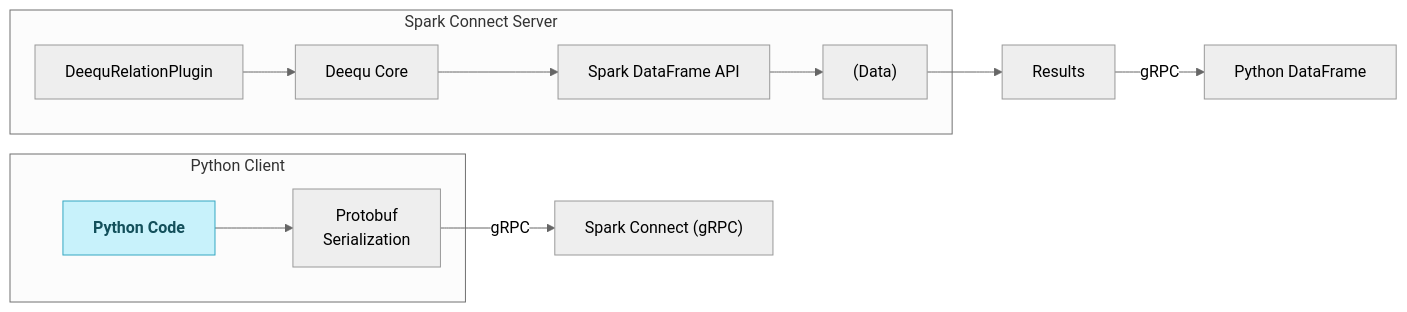
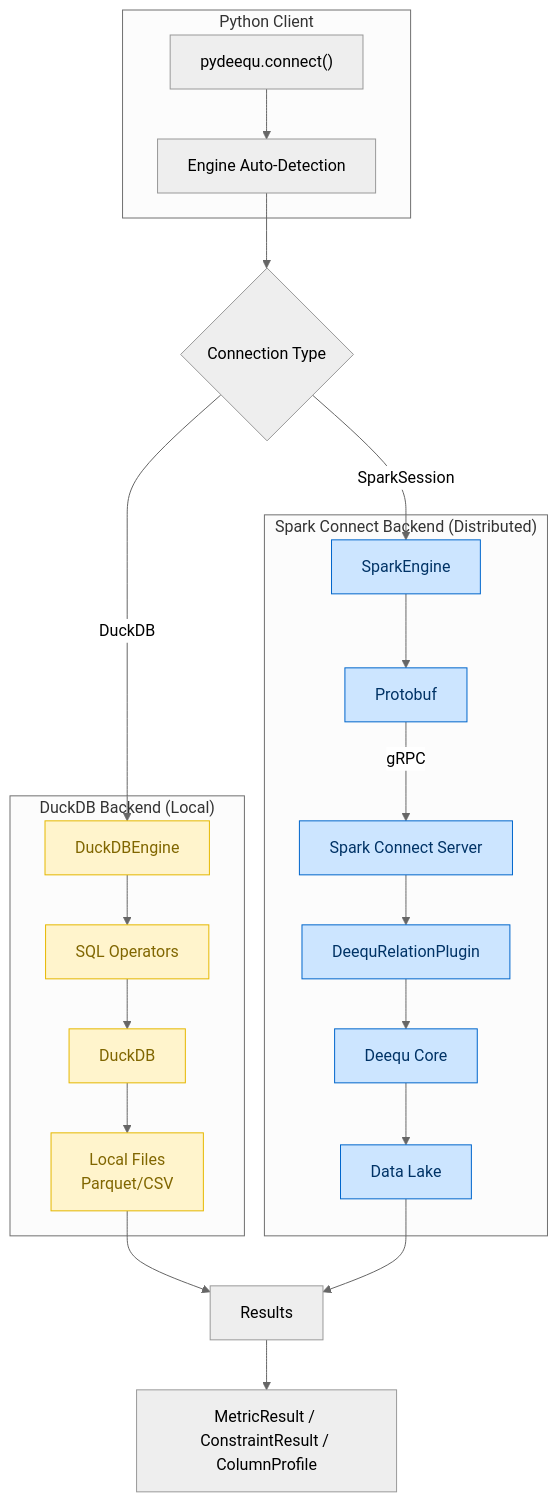
Before and after one commit to awslabs/python-deequ: the diagram in README.md, drawn with Mermaid (neutral theme). The commit also changed other lines of this file, not shown here.

````diff
--- a/README.md
+++ b/README.md
@@ -26,14 +26,29 @@
 ```mermaid
-flowchart LR
+flowchart TB
     subgraph CLIENT["Python Client"]
-        A["Python Code"] --> B["Protobuf<br/>Serialization"]
+        A["pydeequ.connect()"] --> B["Engine Auto-Detection"]
     end
-    B -- gRPC --> C["Spark Connect (gRPC)"]
-    subgraph SERVER["Spark Connect Server"]
-        D["DeequRelationPlugin"] --> E["Deequ Core"] --> F["Spark DataFrame API"] --> G["(Data)"]
+
+    B --> C{Connection Type}
+
+    C -->|DuckDB| D["DuckDBEngine"]
+    C -->|SparkSession| E["SparkEngine"]
+
+    subgraph DUCKDB["DuckDB Backend (Local)"]
+        D --> F["SQL Operators"] --> G["DuckDB"] --> H["Local Files<br/>Parquet/CSV"]
     end
-    G --> H["Results"] -- gRPC --> I["Python DataFrame"]
-    %% Styling for compactness and distinction
-    classDef code fill:#C8F2FB,stroke:#35a7c2,color:#13505B,font-weight:bold;
-    class A code;
+
+    subgraph SPARK["Spark Connect Backend (Distributed)"]
+        E --> I["Protobuf"] -- gRPC --> J["Spark Connect Server"]
+        J --> K["DeequRelationPlugin"] --> L["Deequ Core"] --> M["Data Lake"]
+    end
+
+    H --> N["Results"]
+    M --> N
+    N --> O["MetricResult / ConstraintResult / ColumnProfile"]
+
+    classDef duckdb fill:#FFF4CC,stroke:#E6B800,color:#806600;
+    classDef spark fill:#CCE5FF,stroke:#0066CC,color:#003366;
+    class D,F,G,H duckdb;
+    class E,I,J,K,L,M spark;
 ```
````
